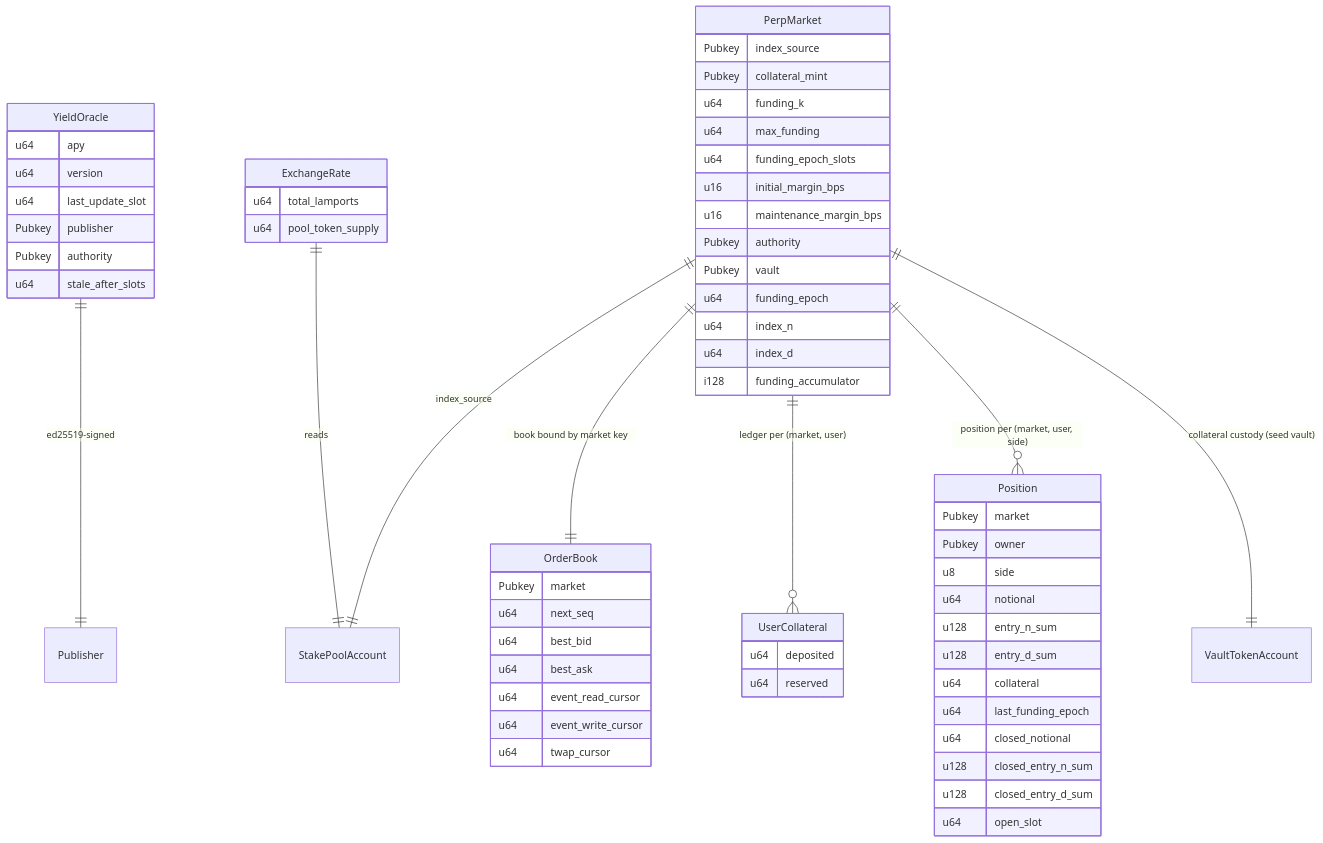
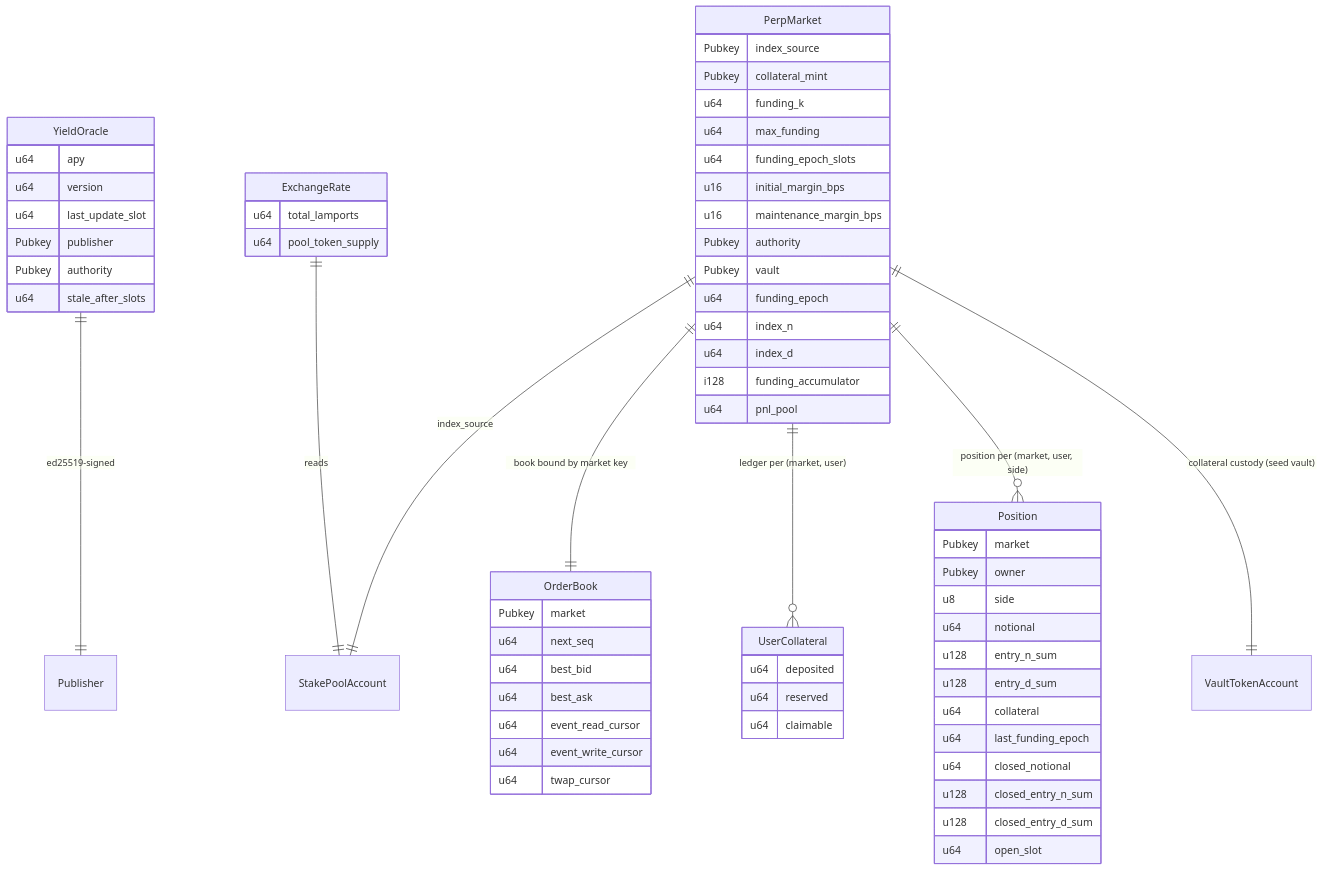
The diagram in docs/data-models.md (LaiTszKin/fructus), drawn with Mermaid before and after one commit. The commit also changed other lines of this file and 11 other files, not shown here.

````diff
--- a/docs/data-models.md
+++ b/docs/data-models.md
@@ -205,64 +212,66 @@
 ```mermaid
 erDiagram
     YieldOracle ||--|| Publisher : "ed25519-signed"
     PerpMarket ||--|| StakePoolAccount : "index_source"
     PerpMarket ||--|| OrderBook : "book bound by market key"
     PerpMarket ||--o{ UserCollateral : "ledger per (market, user)"
     PerpMarket ||--o{ Position : "position per (market, user, side)"
     PerpMarket ||--|| VaultTokenAccount : "collateral custody (seed vault)"
     ExchangeRate ||--|| StakePoolAccount : "reads"
     YieldOracle {
         u64 apy
         u64 version
         u64 last_update_slot
         Pubkey publisher
         Pubkey authority
         u64 stale_after_slots
     }
     PerpMarket {
         Pubkey index_source
         Pubkey collateral_mint
         u64 funding_k
         u64 max_funding
         u64 funding_epoch_slots
         u16 initial_margin_bps
         u16 maintenance_margin_bps
         Pubkey authority
         Pubkey vault
         u64 funding_epoch
         u64 index_n
         u64 index_d
         i128 funding_accumulator
+        u64 pnl_pool
     }
     OrderBook {
         Pubkey market
         u64 next_seq
         u64 best_bid
         u64 best_ask
         u64 event_read_cursor
         u64 event_write_cursor
         u64 twap_cursor
     }
     UserCollateral {
         u64 deposited
         u64 reserved
+        u64 claimable
     }
     Position {
         Pubkey market
         Pubkey owner
         u8 side
         u64 notional
         u128 entry_n_sum
         u128 entry_d_sum
         u64 collateral
         u64 last_funding_epoch
         u64 closed_notional
         u128 closed_entry_n_sum
         u128 closed_entry_d_sum
         u64 open_slot
     }
     ExchangeRate {
         u64 total_lamports
         u64 pool_token_supply
     }
 ```
````
